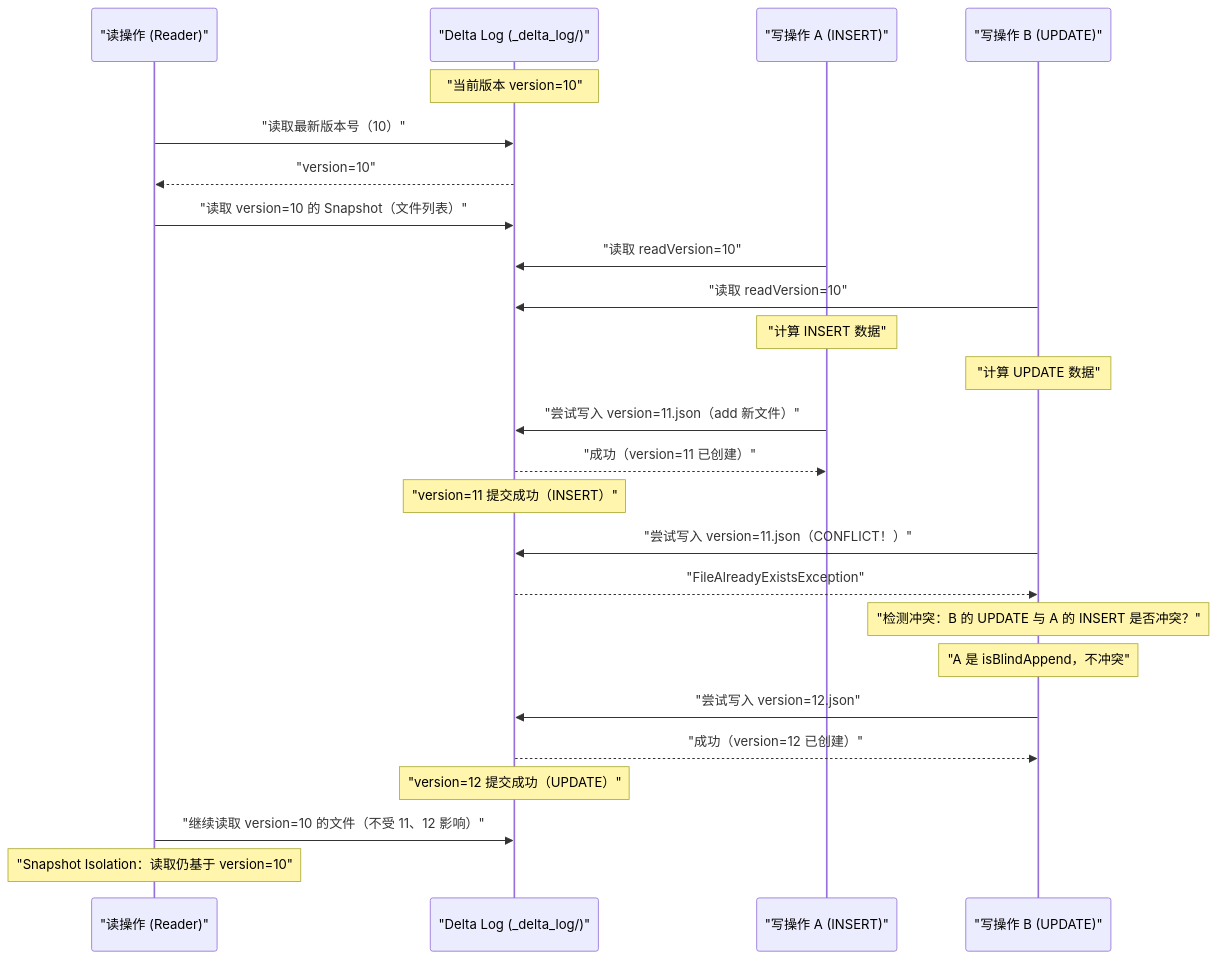
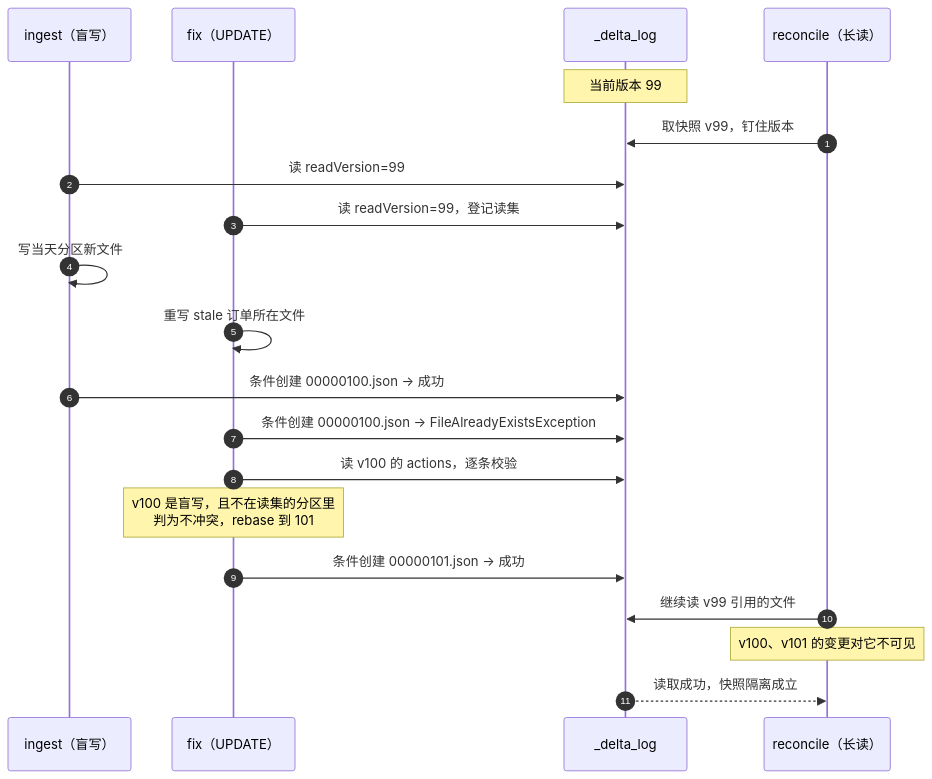
The third of 5 diagrams in content/大数据/数据湖/Delta-Lake-Lakehouse架构深度解析/03 MVCC 与快照隔离：并发读写的正确性保证.md (hpliStartAgain/my-brain), drawn with Mermaid before and after one commit. The commit also changed other lines of this file and 259 other files, not shown here.

````diff
--- a/content/大数据/数据湖/Delta-Lake-Lakehouse架构深度解析/03 MVCC 与快照隔离：并发读写的正确性保证.md
+++ b/content/大数据/数据湖/Delta-Lake-Lakehouse架构深度解析/03 MVCC 与快照隔离：并发读写的正确性保证.md
@@ -216,35 +188,23 @@
 ```mermaid
-%%{init: {"theme": "dracula", "themeVariables": {"primaryColor": "#6272a4", "primaryTextColor": "#f8f8f2", "lineColor": "#ff79c6", "primaryBorderColor": "#bd93f9"}}}%%
+%%{init: {'theme': 'dracula'}}%%
 sequenceDiagram
-    participant R as "读操作 (Reader)"
-    participant DL as "Delta Log (_delta_log/)"
-    participant WA as "写操作 A (INSERT)"
-    participant WB as "写操作 B (UPDATE)"
-
-    Note over DL: "当前版本 version=10"
-
-    R->>DL: "读取最新版本号（10）"
-    DL-->>R: "version=10"
-    R->>DL: "读取 version=10 的 Snapshot（文件列表）"
-
-    WA->>DL: "读取 readVersion=10"
-    WB->>DL: "读取 readVersion=10"
-
-    Note over WA: "计算 INSERT 数据"
-    Note over WB: "计算 UPDATE 数据"
-
-    WA->>DL: "尝试写入 version=11.json（add 新文件）"
-    DL-->>WA: "成功（version=11 已创建）"
-    Note over DL: "version=11 提交成功（INSERT）"
-
-    WB->>DL: "尝试写入 version=11.json（CONFLICT！）"
-    DL-->>WB: "FileAlreadyExistsException"
-    Note over WB: "检测冲突：B 的 UPDATE 与 A 的 INSERT 是否冲突？"
-    Note over WB: "A 是 isBlindAppend，不冲突"
-    WB->>DL: "尝试写入 version=12.json"
-    DL-->>WB: "成功（version=12 已创建）"
-    Note over DL: "version=12 提交成功（UPDATE）"
-
-    R->>DL: "继续读取 version=10 的文件（不受 11、12 影响）"
-    Note over R: "Snapshot Isolation：读取仍基于 version=10"
+    autonumber
+    participant I as ingest（盲写）
+    participant F as fix（UPDATE）
+    participant L as _delta_log
+    participant R as reconcile（长读）
+    Note over L: 当前版本 99
+    R->>L: 取快照 v99，钉住版本
+    I->>L: 读 readVersion=99
+    F->>L: 读 readVersion=99，登记读集
+    I->>I: 写当天分区新文件
+    F->>F: 重写 stale 订单所在文件
+    I->>L: 条件创建 00000100.json → 成功
+    F->>L: 条件创建 00000100.json → FileAlreadyExistsException
+    F->>L: 读 v100 的 actions，逐条校验
+    Note over F: v100 是盲写，且不在读集的分区里<br/>判为不冲突，rebase 到 101
+    F->>L: 条件创建 00000101.json → 成功
+    R->>L: 继续读 v99 引用的文件
+    Note over R: v100、v101 的变更对它不可见
+    L-->>R: 读取成功，快照隔离成立
 ```
````
